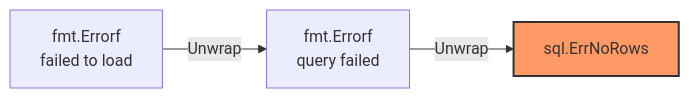
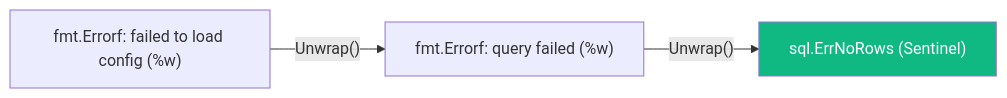
One commit to UnrealTemplier/go-textbook changed the diagram in sources/4. История и философия Go/10. Обработка ошибок в Go. if err != nil как часть дизайна.md. Above: the diagram before and after it, drawn with Mermaid. The commit also changed other lines of this file, not shown here.

Commit message:
feat(module-04): editorial rewrite of Lecture 10 (Error handling in Go. if err != nil as part of design) in Kernighan style

````diff
--- a/sources/4. История и философия Go/10. Обработка ошибок в Go. if err != nil как часть дизайна.md
+++ b/sources/4. История и философия Go/10. Обработка ошибок в Go. if err != nil как часть дизайна.md
@@ -109,6 +138,6 @@
 ```mermaid
 flowchart LR
-    A["fmt.Errorf<br>failed to load"] -->|"Unwrap"| B["fmt.Errorf<br>query failed"]
-    B -->|"Unwrap"| C["sql.ErrNoRows"]
-    style C fill:#f96,stroke:#333,stroke-width:2px
+    A["fmt.Errorf: failed to load config (%w)"] -->|"Unwrap()"| B["fmt.Errorf: query failed (%w)"]
+    B -->|"Unwrap()"| C["sql.ErrNoRows (Sentinel)"]
+    style C fill:#10b981,color:#fff
 ```
````
